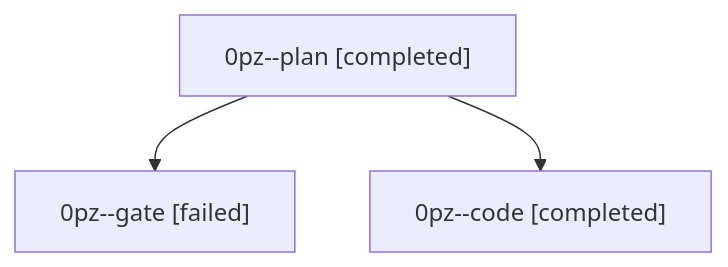
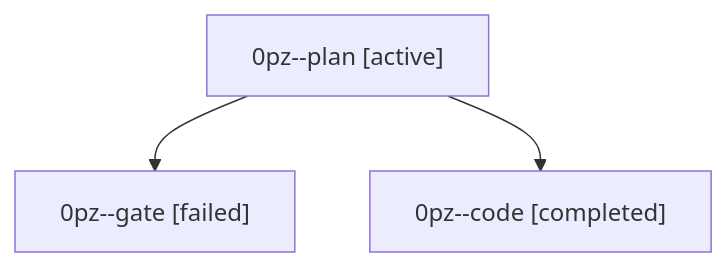
Before and after one commit to sase-org/sase--agents: the diagram in families/bbugyi200.athena.0pz.md, drawn with Mermaid. The commit also changed other lines of this file and 35830 other files, not shown here.

````diff
--- a/families/bbugyi200.athena.0pz.md
+++ b/families/bbugyi200.athena.0pz.md
@@ -9,8 +9,8 @@
 ```mermaid
 flowchart TD
-  n0["0pz--plan [completed]"]
+  n0["0pz--plan [active]"]
   n1["0pz--gate [failed]"]
   n0 --> n1
   n2["0pz--code [completed]"]
   n0 --> n2
 ```
````
